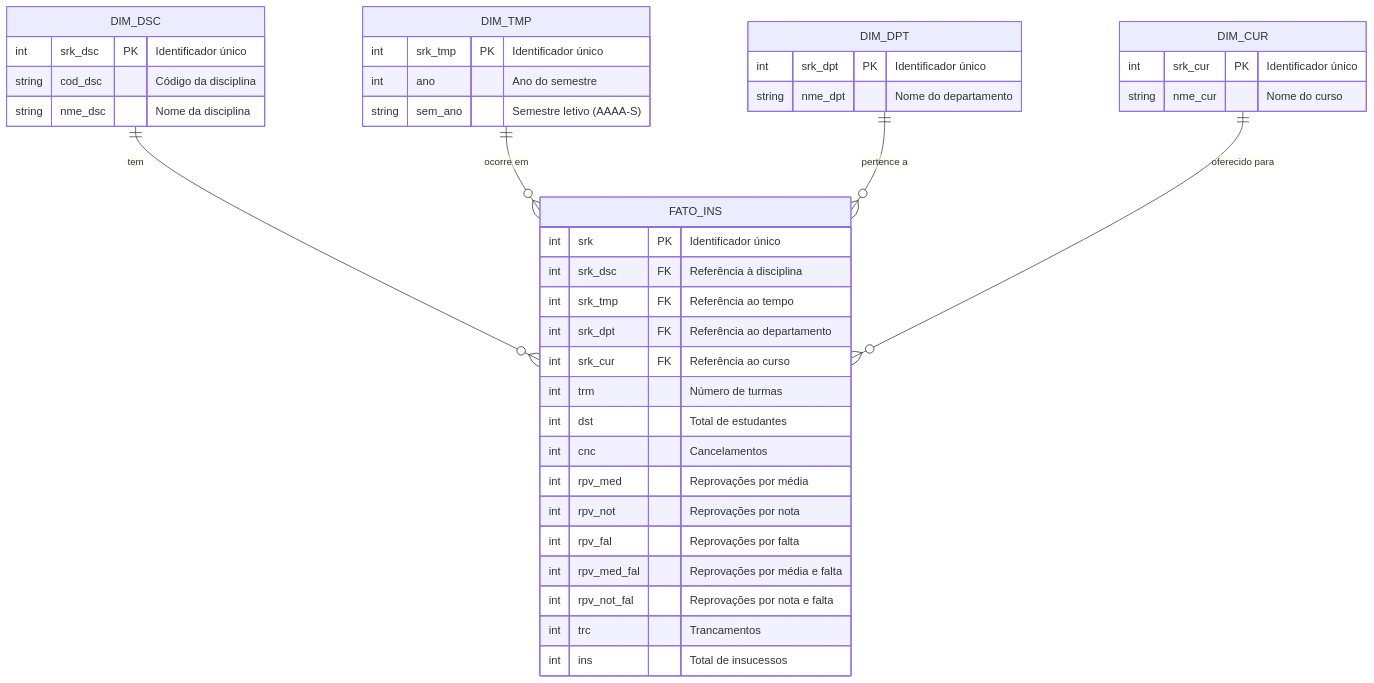
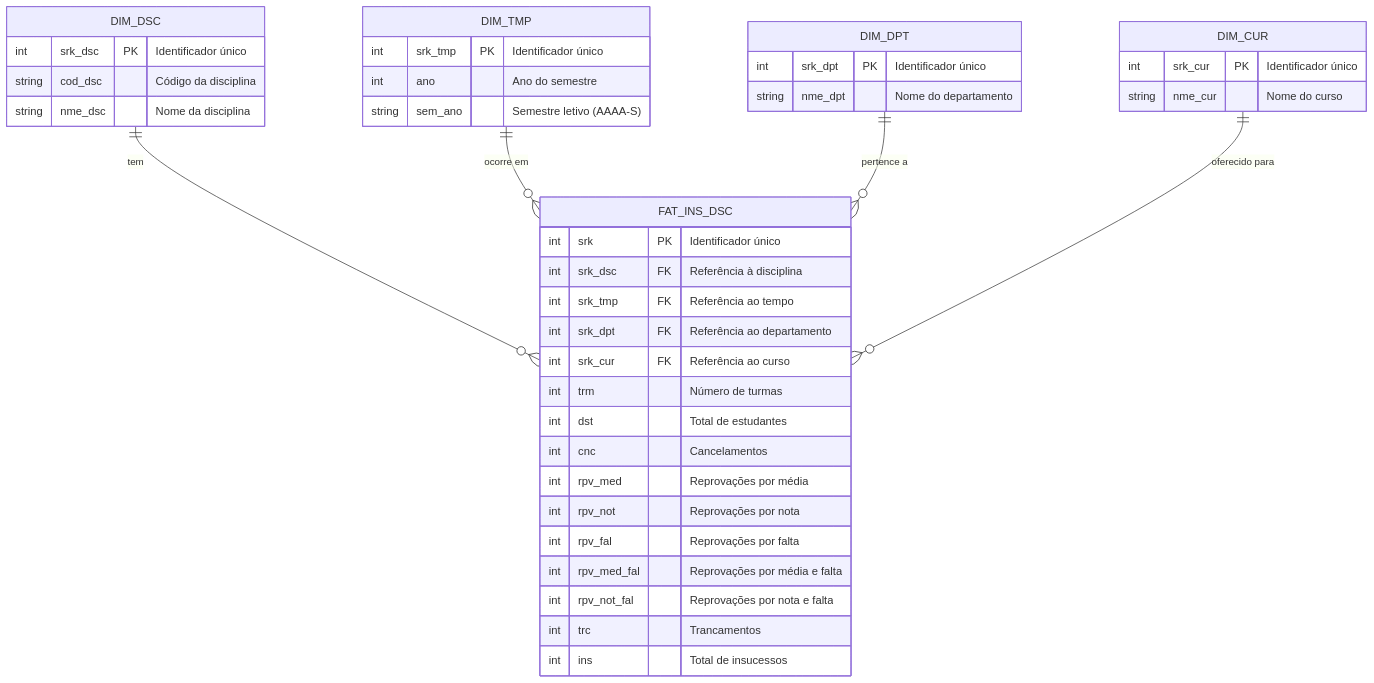
One commit to diogjunior100/unb-fcte-data-journey changed the diagram in Data-Layer/gold/mer-der-dld.md. Above: the diagram before and after it, drawn with Mermaid. The commit also changed other lines of this file, not shown here.

````diff
--- a/Data-Layer/gold/mer-der-dld.md
+++ b/Data-Layer/gold/mer-der-dld.md
@@ -135,47 +135,47 @@
 ```mermaid
 erDiagram
     DIM_DSC {
         int srk_dsc PK "Identificador único"
         string cod_dsc "Código da disciplina"
         string nme_dsc "Nome da disciplina"
     }
     
     DIM_TMP {
         int srk_tmp PK "Identificador único"
         int ano "Ano do semestre"
         string sem_ano "Semestre letivo (AAAA-S)"
     }
     
     DIM_DPT {
         int srk_dpt PK "Identificador único"
         string nme_dpt "Nome do departamento"
     }
     
     DIM_CUR {
         int srk_cur PK "Identificador único"
         string nme_cur "Nome do curso"
     }
     
-    FATO_INS {
+    FAT_INS_DSC {
         int srk PK "Identificador único"
         int srk_dsc FK "Referência à disciplina"
         int srk_tmp FK "Referência ao tempo"
         int srk_dpt FK "Referência ao departamento"
         int srk_cur FK "Referência ao curso"
         int trm "Número de turmas"
         int dst "Total de estudantes"
         int cnc "Cancelamentos"
         int rpv_med "Reprovações por média"
         int rpv_not "Reprovações por nota"
         int rpv_fal "Reprovações por falta"
         int rpv_med_fal "Reprovações por média e falta"
         int rpv_not_fal "Reprovações por nota e falta"
         int trc "Trancamentos"
         int ins "Total de insucessos"
     }
     
-    DIM_DSC ||--o{ FATO_INS : "tem"
-    DIM_TMP ||--o{ FATO_INS : "ocorre em"
-    DIM_DPT ||--o{ FATO_INS : "pertence a"
-    DIM_CUR ||--o{ FATO_INS : "oferecido para"
+    DIM_DSC ||--o{ FAT_INS_DSC : "tem"
+    DIM_TMP ||--o{ FAT_INS_DSC : "ocorre em"
+    DIM_DPT ||--o{ FAT_INS_DSC : "pertence a"
+    DIM_CUR ||--o{ FAT_INS_DSC : "oferecido para"
 ```
````
